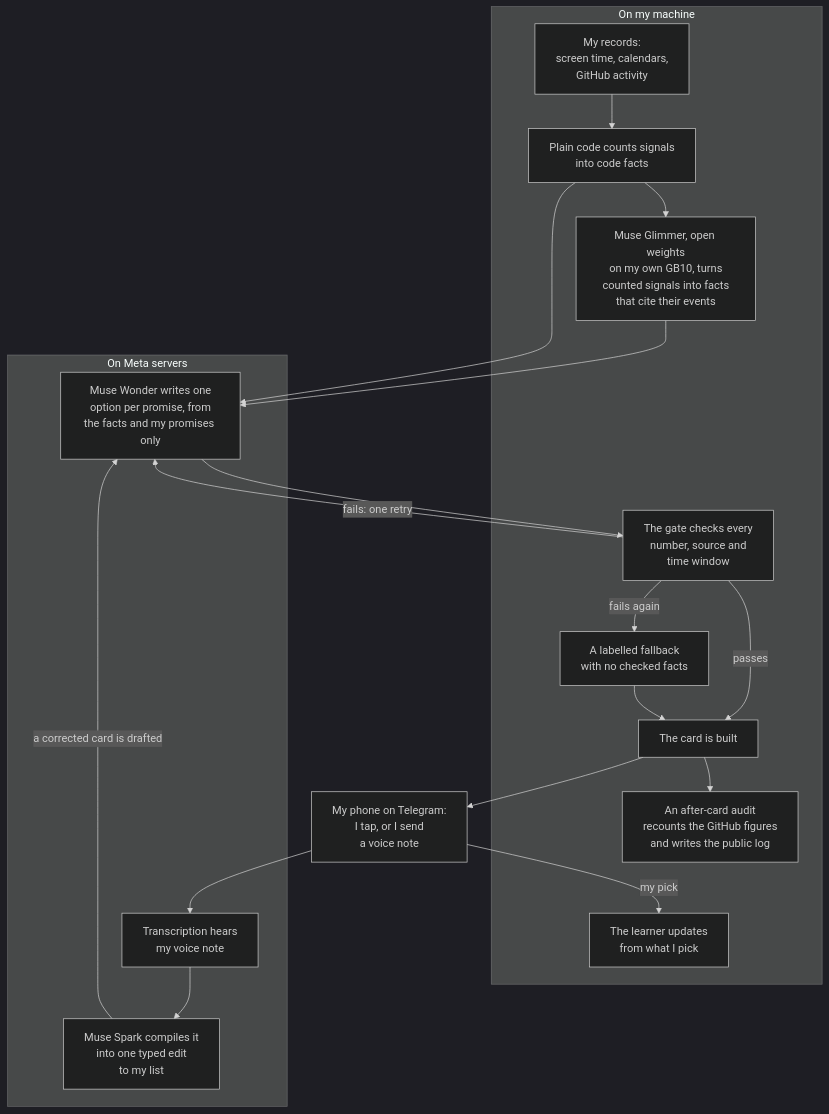
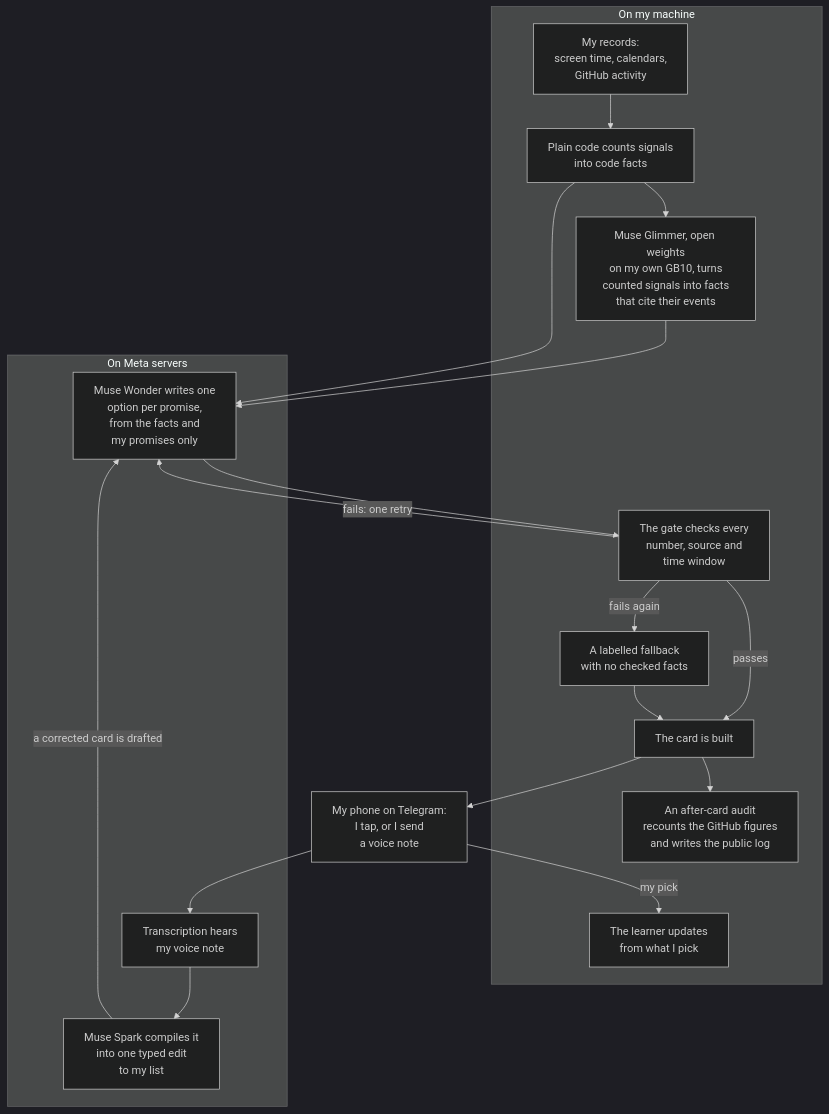
The first of 3 diagrams in README.md (macayaven/ikigai-loop), drawn with Mermaid (dark theme) before and after one commit.

Commit message:
Docs 12: one more label line break

````diff
--- a/README.md
+++ b/README.md
@@ -31,29 +31,29 @@
 ```mermaid
 flowchart TD
     subgraph Mine["On my machine"]
         Records["My records:<br/>screen time, calendars,<br/>GitHub activity"]
         Counted["Plain code counts signals<br/>into code facts"]
         Glimmer["Muse Glimmer, open weights<br/>on my own GB10, turns<br/>counted signals into facts<br/>that cite their events"]
         Gate["The gate checks every<br/>number, source and<br/>time window"]
         Fallback["A labelled fallback<br/>with no checked facts"]
         Card["The card is built"]
         Learn["The learner updates<br/>from what I pick"]
         Audit["An after-card audit<br/>recounts the GitHub figures<br/>and writes the public log"]
     end
     subgraph Meta["On Meta servers"]
-        Wonder["Muse Wonder writes one<br/>option per promise, from<br/>the facts and my promises only"]
+        Wonder["Muse Wonder writes one<br/>option per promise,<br/>from the facts and<br/>my promises only"]
         Hear["Transcription hears<br/>my voice note"]
         Compile["Muse Spark compiles it<br/>into one typed edit<br/>to my list"]
     end
     Phone["My phone on Telegram:<br/>I tap, or I send<br/>a voice note"]
     Records --> Counted --> Glimmer --> Wonder
     Counted --> Wonder
     Wonder --> Gate
     Gate -- "passes" --> Card --> Phone
     Gate -- "fails: one retry" --> Wonder
     Gate -- "fails again" --> Fallback --> Card
     Phone --> Hear --> Compile
     Compile -- "a corrected card is drafted" --> Wonder
     Phone -- "my pick" --> Learn
     Card --> Audit
 ```
````
